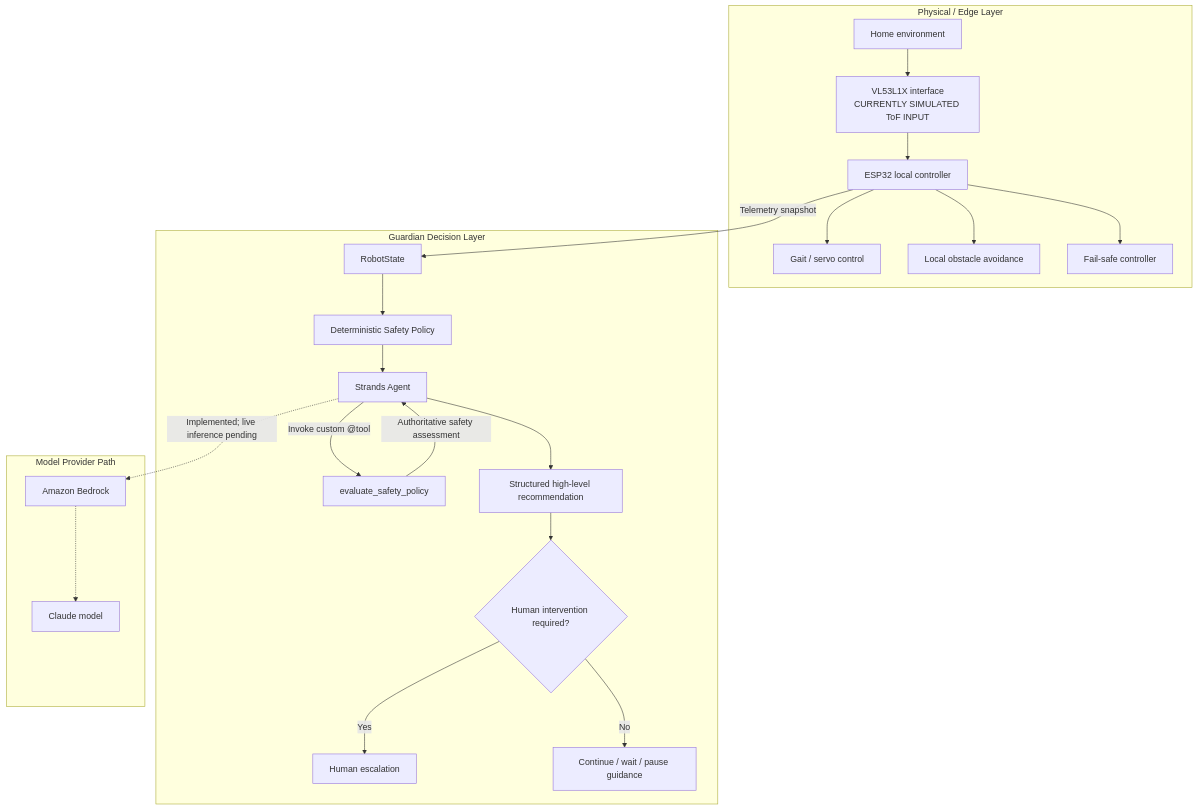
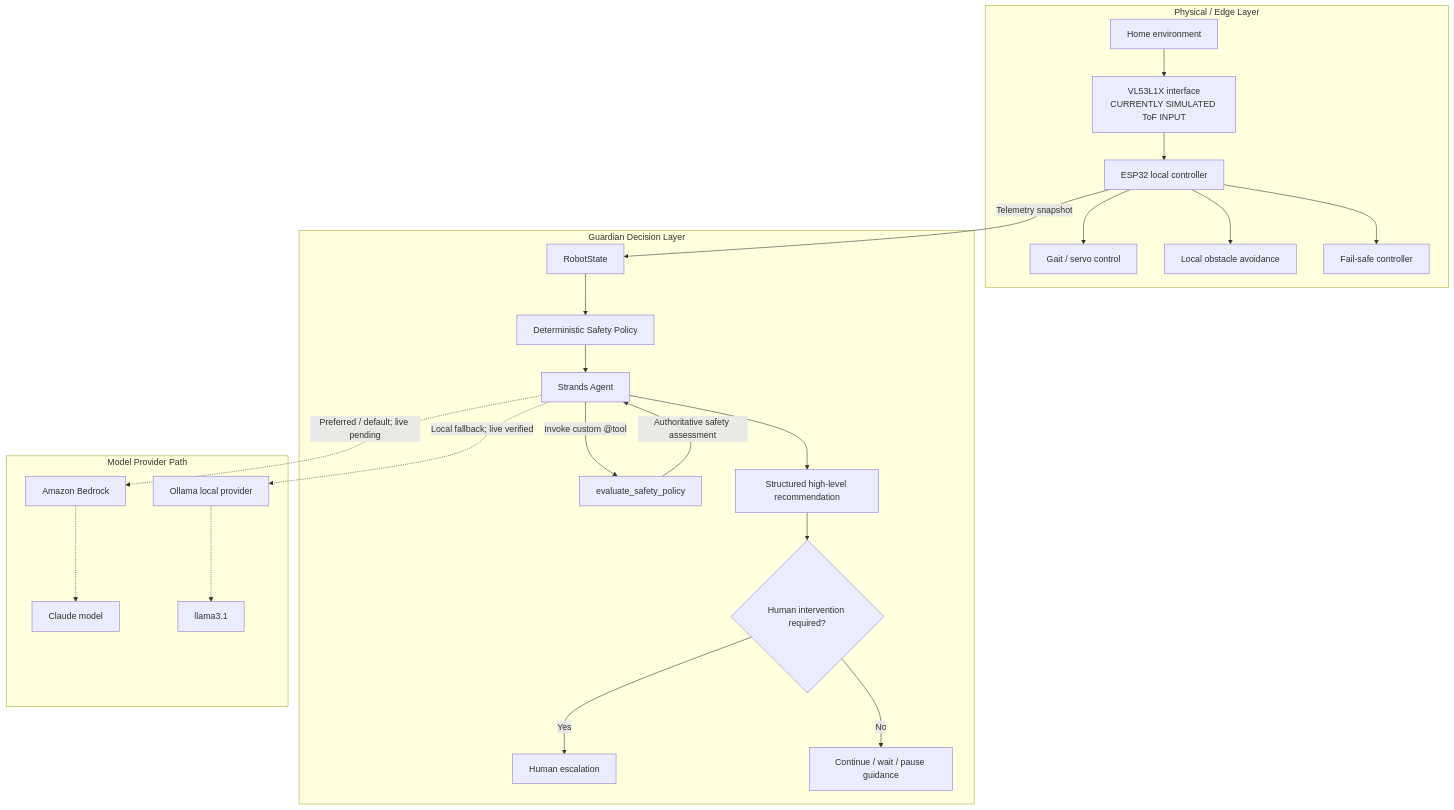
Before and after one commit to sccotwei/quadruped-robot: the diagram in docs/architecture.mmd, drawn with Mermaid. The commit also changed 12 other files, not shown here.

Commit message:
feat: add verified local Strands inference with Ollama fallback

```diff
--- a/docs/architecture.mmd
+++ b/docs/architecture.mmd
@@ -1,32 +1,34 @@
 flowchart TD
     subgraph EDGE[Physical / Edge Layer]
         ENV[Home environment]
         TOF["VL53L1X interface<br/>CURRENTLY SIMULATED ToF INPUT"]
         ESP[ESP32 local controller]
         GAIT[Gait / servo control]
         AVOID[Local obstacle avoidance]
         FAIL[Fail-safe controller]
 
         ENV --> TOF --> ESP
         ESP --> GAIT
         ESP --> AVOID
         ESP --> FAIL
     end
 
     ESP -->|Telemetry snapshot| STATE[RobotState]
 
     subgraph GUARDIAN[Guardian Decision Layer]
         STATE --> POLICY[Deterministic Safety Policy]
         POLICY --> AGENT[Strands Agent]
         AGENT -->|"Invoke custom @tool"| TOOL[evaluate_safety_policy]
         TOOL -->|Authoritative safety assessment| AGENT
         AGENT --> DECISION[Structured high-level recommendation]
         DECISION --> HUMAN{Human intervention required?}
         HUMAN -->|Yes| ESCALATE[Human escalation]
         HUMAN -->|No| GUIDANCE[Continue / wait / pause guidance]
     end
 
     subgraph MODEL[Model Provider Path]
-        AGENT -.->|Implemented; live inference pending| BEDROCK[Amazon Bedrock]
+        AGENT -.->|Preferred / default; live pending| BEDROCK[Amazon Bedrock]
         BEDROCK -.-> CLAUDE[Claude model]
+        AGENT -.->|Local fallback; live verified| OLLAMA[Ollama local provider]
+        OLLAMA -.-> LOCALMODEL[llama3.1]
     end
```
